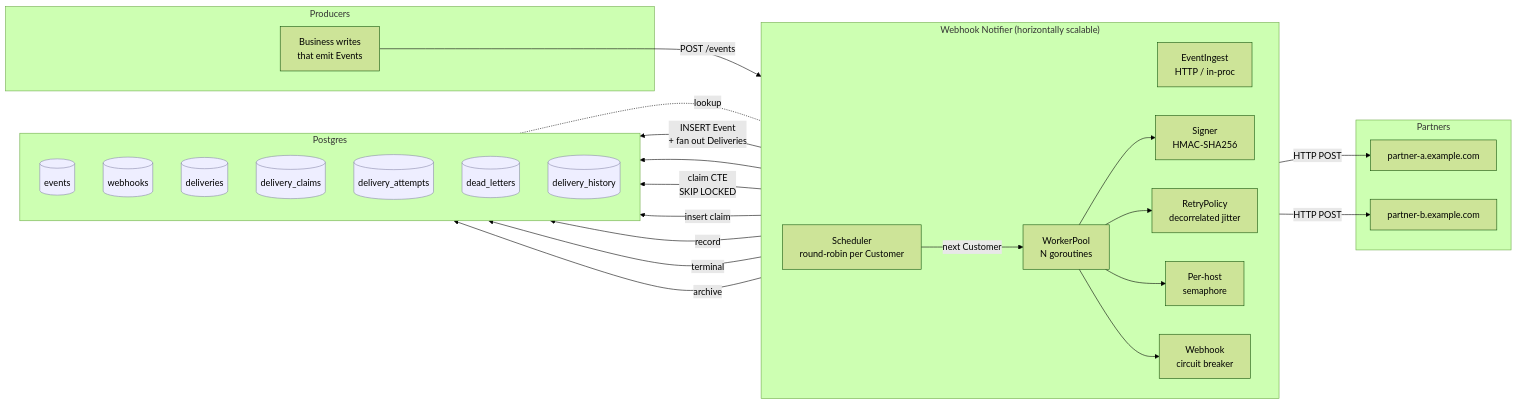
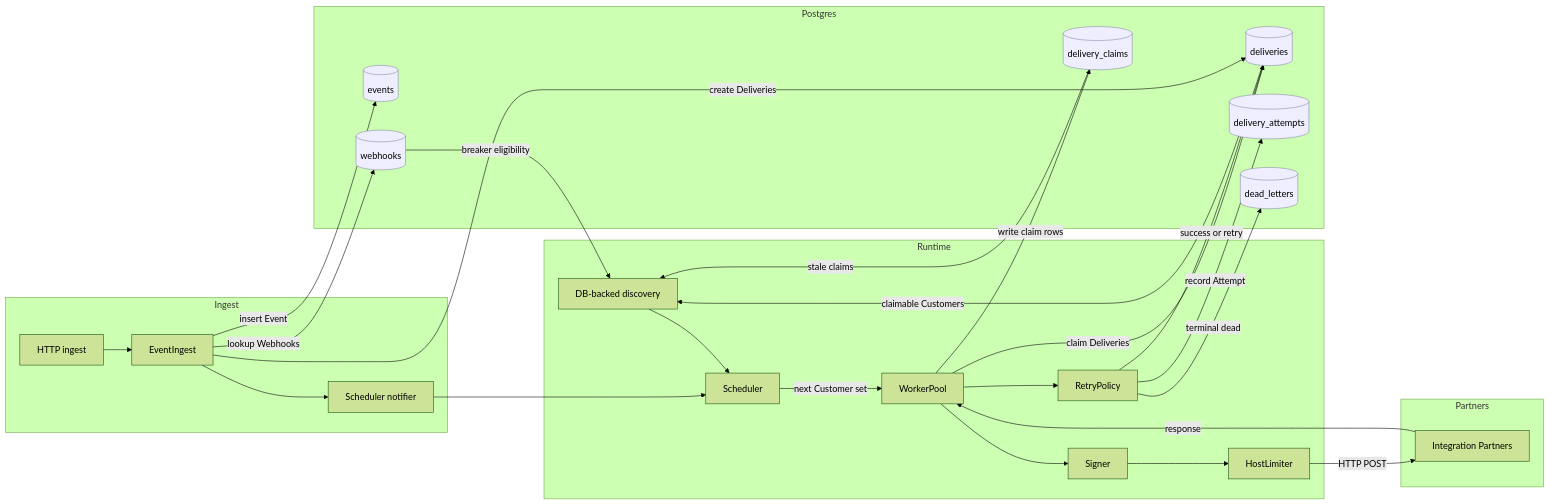
The second of 3 diagrams in docs/DESIGN.md (lvluu/webhook-notifier), drawn with Mermaid (forest theme) before and after one commit. The commit also changed other lines of this file and 25 other files, not shown here.

````diff
--- a/docs/DESIGN.md
+++ b/docs/DESIGN.md
@@ -25,53 +86,57 @@
 ```mermaid
 flowchart LR
-    subgraph Producers
-      P1[Business writes<br/>that emit Events]
+    subgraph Ingest
+      API[HTTP ingest]
+      EI[EventIngest]
+      N[Scheduler notifier]
     end
 
-    subgraph "Webhook Notifier (horizontally scalable)"
-      direction LR
-      I[EventIngest<br/>HTTP / in-proc]
-      SC[Scheduler<br/>round-robin per Customer]
-      W[WorkerPool<br/>N goroutines]
-      S[Signer<br/>HMAC-SHA256]
-      RP[RetryPolicy<br/>decorrelated jitter]
-      HS[Per-host<br/>semaphore]
-      CB[Webhook<br/>circuit breaker]
+    subgraph Runtime
+      DISC[DB-backed discovery]
+      S[Scheduler]
+      W[WorkerPool]
+      SIGN[Signer]
+      HOST[HostLimiter]
+      RETRY[RetryPolicy]
     end
 
     subgraph Postgres
-      direction TB
       EV[(events)]
       WH[(webhooks)]
       DV[(deliveries)]
       CL[(delivery_claims)]
       AT[(delivery_attempts)]
       DL[(dead_letters)]
-      AH[(delivery_history)]
     end
 
     subgraph Partners
-      PA[partner-a.example.com]
-      PB[partner-b.example.com]
+      P[Integration Partners]
     end
 
-    P1 -->|POST /events| I
-    I -->|INSERT Event<br/>+ fan out Deliveries| EV
-    I --> DV
-    SC -->|next Customer| W
-    W -->|claim CTE<br/>SKIP LOCKED| DV
-    W -->|insert claim| CL
-    W --> S
-    W --> RP
-    W --> HS
-    W --> CB
-    W -->|HTTP POST| PA
-    W -->|HTTP POST| PB
-    W -->|record| AT
-    W -->|terminal| DL
-    W -->|archive| AH
-    WH -.lookup.- W
+    API --> EI
+    EI -->|insert Event| EV
+    EI -->|lookup Webhooks| WH
+    EI -->|create Deliveries| DV
+    EI --> N
+    N --> S
+
+    DV -->|claimable Customers| DISC
+    CL -->|stale claims| DISC
+    WH -->|breaker eligibility| DISC
+    DISC --> S
+    S -->|next Customer set| W
+
+    W -->|claim Deliveries| DV
+    W -->|write claim rows| CL
+    W --> SIGN
+    SIGN --> HOST
+    HOST -->|HTTP POST| P
+    P -->|response| W
+    W --> RETRY
+    RETRY -->|record Attempt| AT
+    RETRY -->|success or retry| DV
+    RETRY -->|terminal dead| DL
 
     classDef store fill:#eef,stroke:#88a;
-    class EV,WH,DV,CL,AT,DL,AH store;
+    class EV,WH,DV,CL,AT,DL store;
 ```
````
